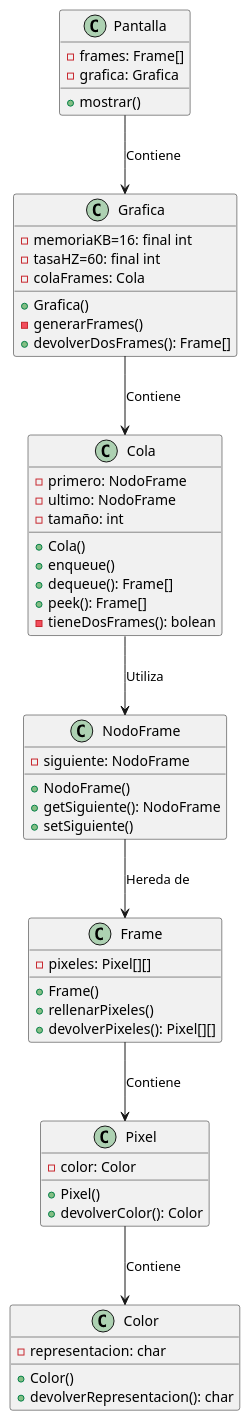
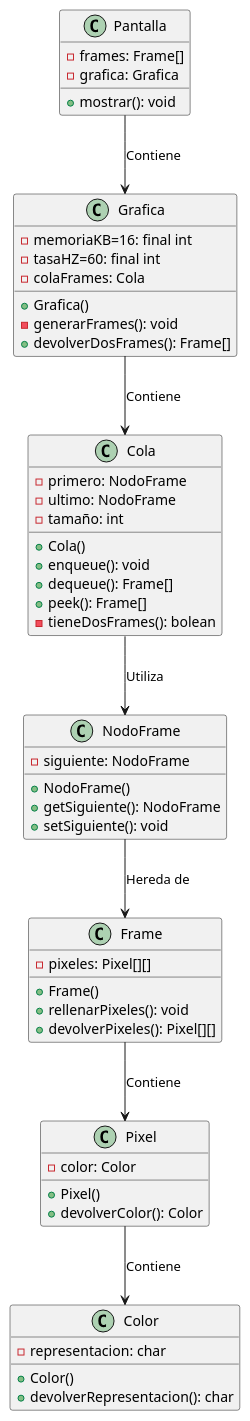
Before and after one commit to mmasias/24-25-EDA2: the diagram in entregas/lopezMartin/reto-000/diagrama/diagrama.puml, drawn with PlantUML.

```diff
--- a/entregas/lopezMartin/reto-000/diagrama/diagrama.puml
+++ b/entregas/lopezMartin/reto-000/diagrama/diagrama.puml
@@ -1,62 +1,62 @@
 @startuml
 
 class Pantalla {
     -frames: Frame[]
     -grafica: Grafica
-    +mostrar()
+    +mostrar(): void
 }
 
 class Grafica {
     -memoriaKB=16: final int
     -tasaHZ=60: final int
     -colaFrames: Cola
     +Grafica()
-    -generarFrames()
+    -generarFrames(): void
     +devolverDosFrames(): Frame[]
 }
 
 class Cola {
     -primero: NodoFrame
     -ultimo: NodoFrame
     -tamaño: int
     +Cola()
-    +enqueue()
+    +enqueue(): void
     +dequeue(): Frame[]
     +peek(): Frame[]
     -tieneDosFrames(): bolean
 }
 
 class NodoFrame {
     -siguiente: NodoFrame
     +NodoFrame()
     +getSiguiente(): NodoFrame
-    +setSiguiente()
+    +setSiguiente(): void
 }
 
 class Frame {
     -pixeles: Pixel[][]
     +Frame()
-    +rellenarPixeles()
+    +rellenarPixeles(): void
     +devolverPixeles(): Pixel[][]
 }
 
 class Pixel {
     -color: Color
     +Pixel()
     +devolverColor(): Color
 }
 
 class Color {
     -representacion: char
     +Color()
     +devolverRepresentacion(): char
 }
 
 Pantalla --> Grafica: "Contiene"
 Grafica --> Cola: "Contiene"
 Cola --> NodoFrame: "Utiliza"
 NodoFrame --> Frame: "Hereda de"
 Frame --> Pixel: "Contiene"
 Pixel --> Color: "Contiene"
 
 @enduml
```
